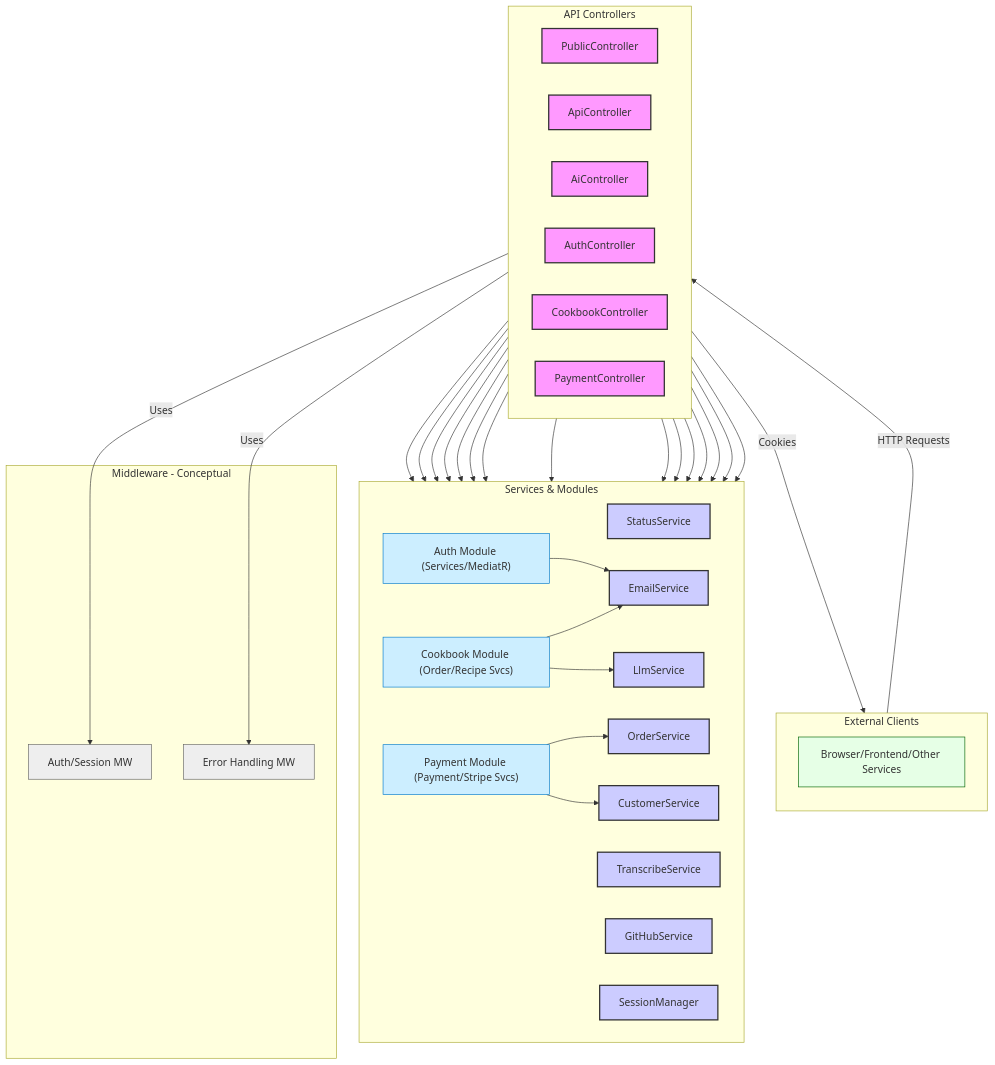
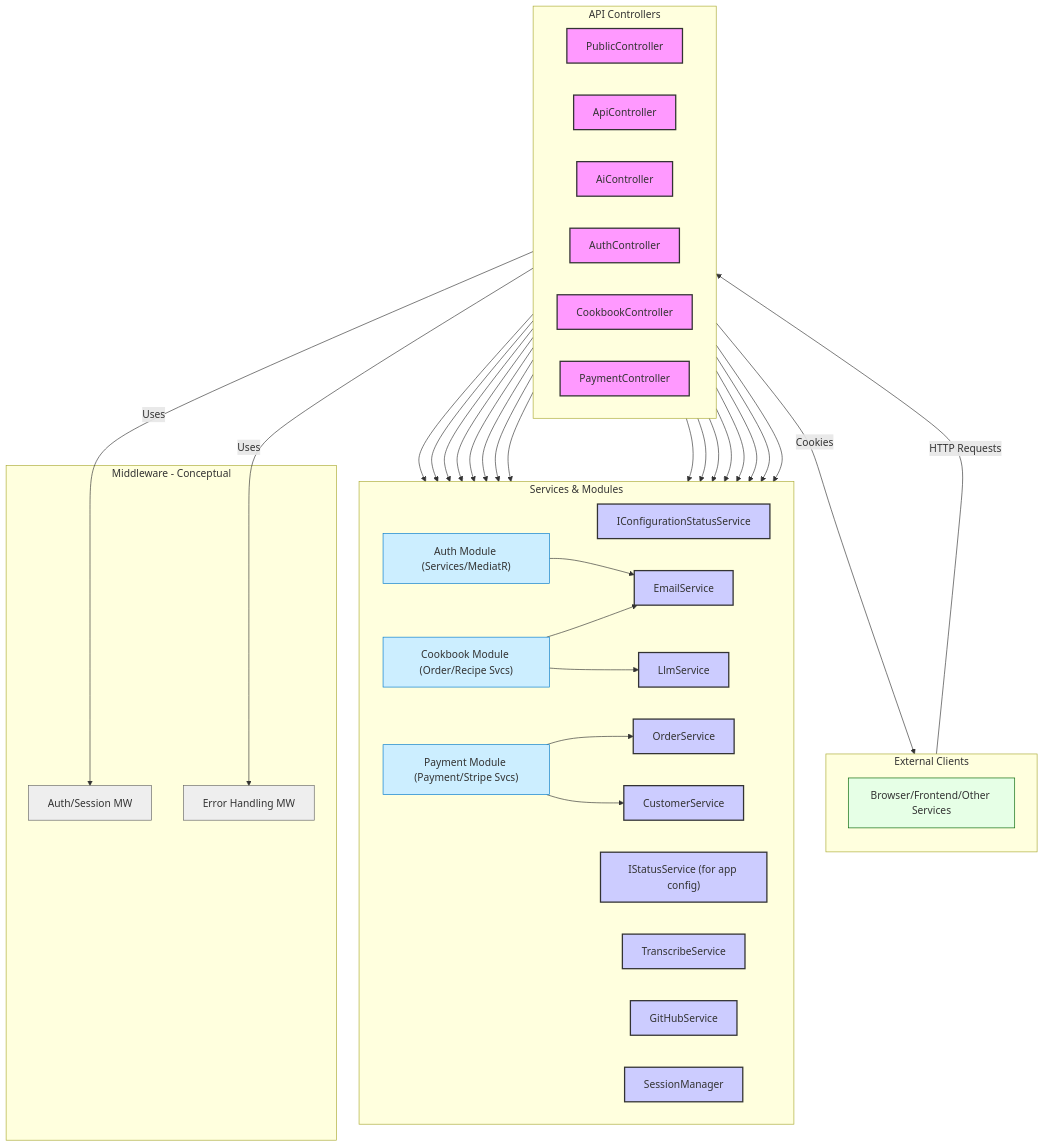
One commit to Zarichney-Development/zarichney-api changed the diagram in api-server/Controllers/README.md. Above: the diagram before and after it, drawn with Mermaid. The commit also changed other lines of this file and 28 other files, not shown here.

```diff
--- a/api-server/Controllers/README.md
+++ b/api-server/Controllers/README.md
@@ -43,7 +43,8 @@
 
     subgraph ServiceLayer [Services & Modules]
         direction LR
-        StatusSvc["StatusService"]
+        StatusSvc["IConfigurationStatusService"]
+        ConfigSvc["IStatusService (for app config)"]
         EmailSvc["EmailService"]
         LlmSvc["LlmService"]
         TranscribeSvc["TranscribeService"]
@@ -69,6 +70,7 @@
     ApiLayer -->|Uses| ErrorMw
 
     PublicCtrl --> StatusSvc
+    PublicCtrl --> ConfigSvc
     ApiCtrl --> EmailSvc
     ApiCtrl --> SessionMgr
 
@@ -106,7 +108,7 @@
 
     class Client client;
     class PublicCtrl,ApiCtrl,AiCtrl,AuthCtrl,CookbookCtrl,PaymentCtrl controller;
-    class StatusSvc,EmailSvc,LlmSvc,TranscribeSvc,GithubSvc,SessionMgr,OrderService,CustomerSvc service;
+    class StatusSvc,ConfigSvc,EmailSvc,LlmSvc,TranscribeSvc,GithubSvc,SessionMgr,OrderService,CustomerSvc service;
     class AuthModule,CookbookModule,PaymentModule module;
     class AuthMw,ErrorMw middleware;
 
```
